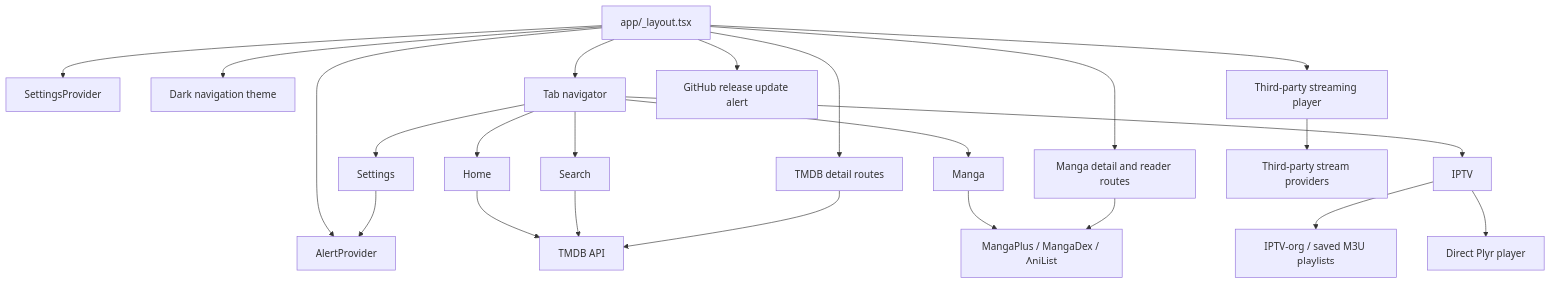
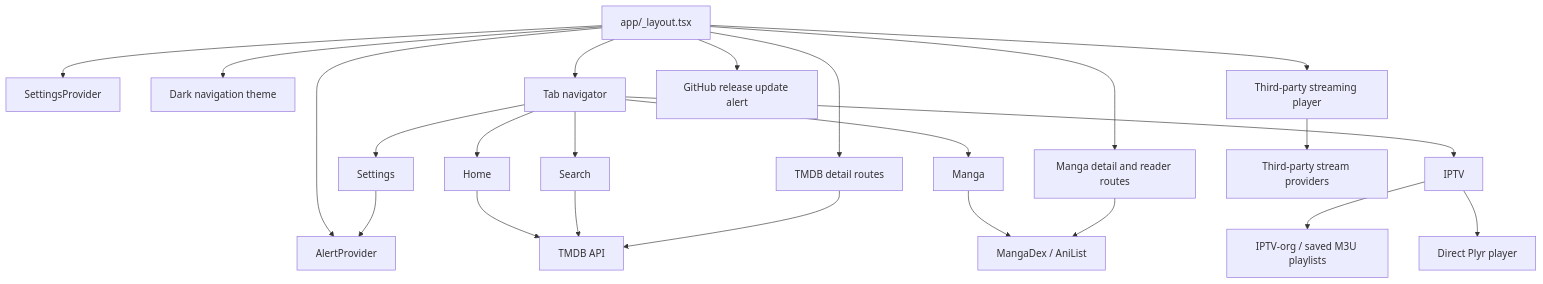
One commit to kunalkcube/yummy changed the diagram in MEMORY.md. Above: the diagram before and after it, drawn with Mermaid. The commit also changed other lines of this file and 16 other files, not shown here.

````diff
--- a/MEMORY.md
+++ b/MEMORY.md
@@ -16,27 +16,27 @@
 ```mermaid
 flowchart TD
     Root[app/_layout.tsx] --> Settings[SettingsProvider]
     Root --> Alerts[AlertProvider]
     Root --> Theme[Dark navigation theme]
     Root --> Tabs[Tab navigator]
     Root --> Details[TMDB detail routes]
     Root --> Player[Third-party streaming player]
     Root --> Manga[Manga detail and reader routes]
     Root --> Updates[GitHub release update alert]
 
     Tabs --> Home[Home]
     Tabs --> Search[Search]
     Tabs --> MangaTab[Manga]
     Tabs --> IptvTab[IPTV]
     Tabs --> SettingsTab[Settings]
 
     Home --> TMDB[TMDB API]
     Search --> TMDB
     Details --> TMDB
     Player --> Providers[Third-party stream providers]
-    MangaTab --> MangaAPIs[MangaPlus / MangaDex / AniList]
+    MangaTab --> MangaAPIs[MangaDex / AniList]
     Manga --> MangaAPIs
     IptvTab --> IptvOrg[IPTV-org / saved M3U playlists]
     IptvTab --> IptvPlayer[Direct Plyr player]
     SettingsTab --> Alerts
 ```
````
